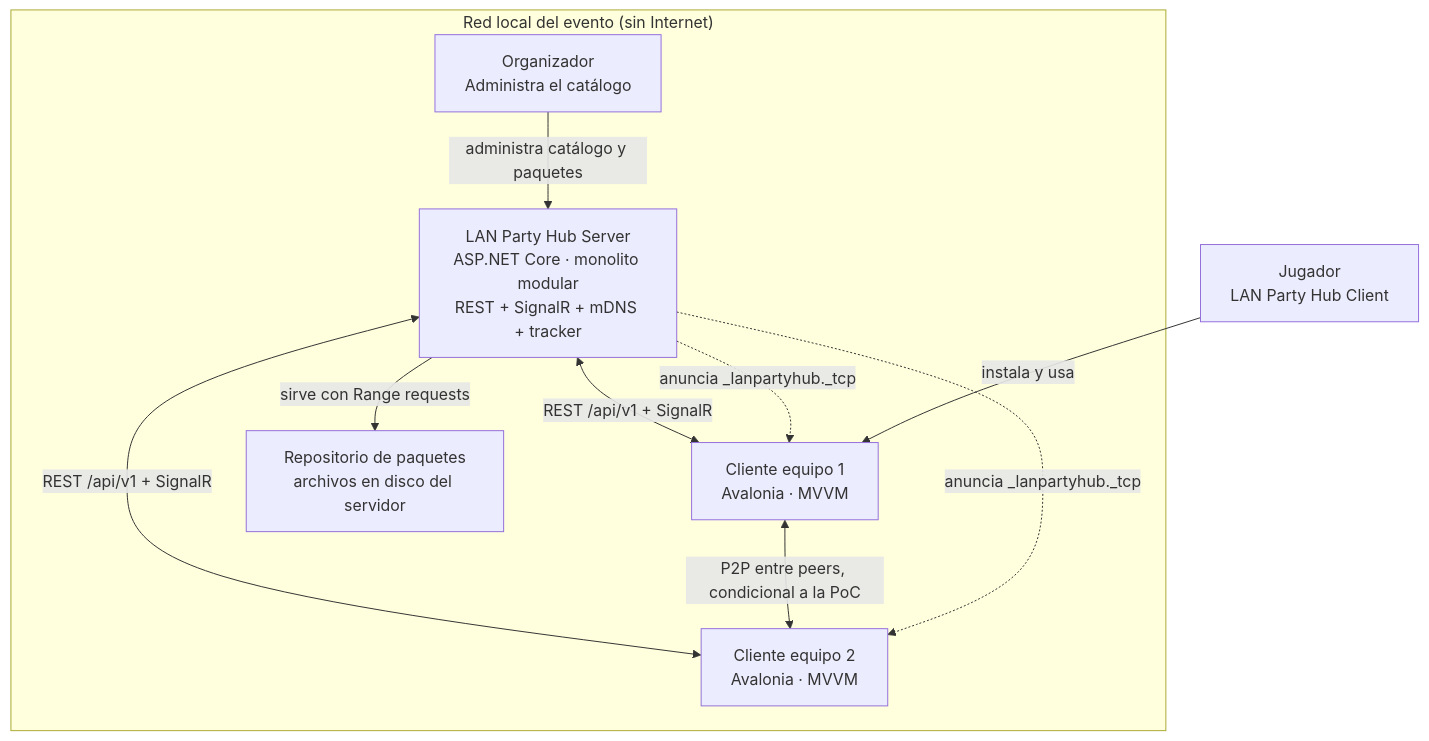
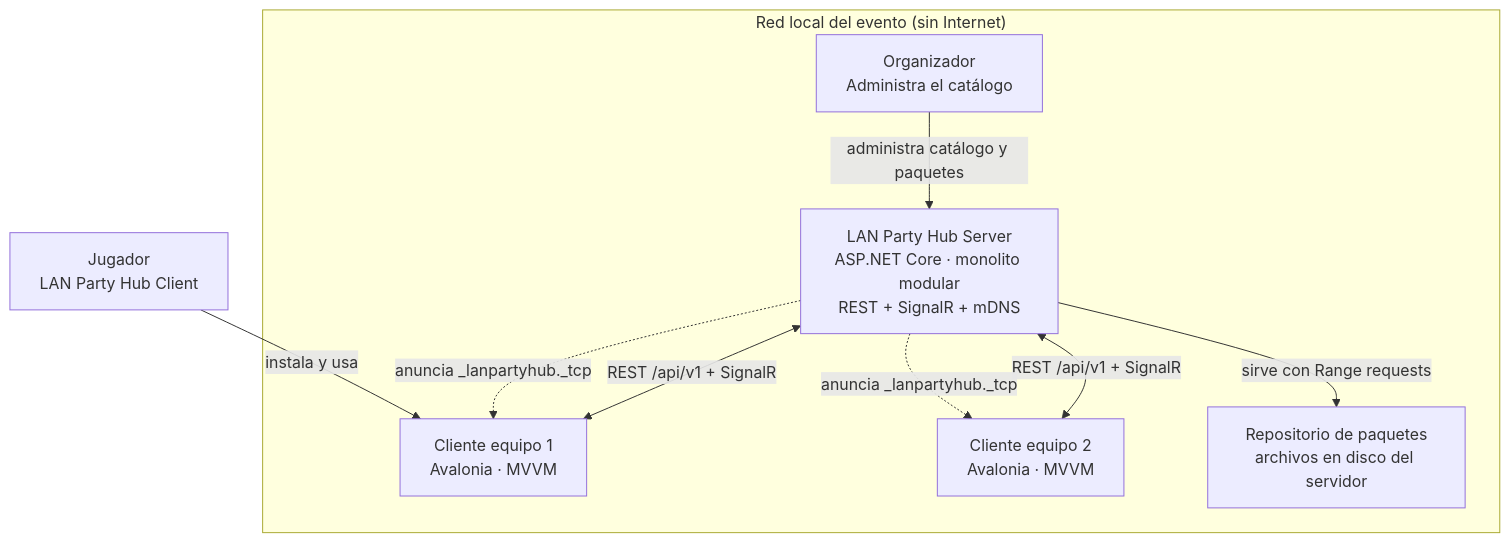
Before and after one commit to vertigo7x/lan-party-hub: the first of 10 diagrams in _bmad-output/planning-artifacts/architecture/architecture-lan-party-hub-2026-10-26/ARCHITECTURE-SPINE.md, drawn with Mermaid. The commit also changed other lines of this file and 4 other files, not shown here.

````diff
--- a/_bmad-output/planning-artifacts/architecture/architecture-lan-party-hub-2026-10-26/ARCHITECTURE-SPINE.md
+++ b/_bmad-output/planning-artifacts/architecture/architecture-lan-party-hub-2026-10-26/ARCHITECTURE-SPINE.md
@@ -353,20 +424,19 @@
 ```mermaid
 flowchart TB
     subgraph Evento["Red local del evento (sin Internet)"]
         Org["Organizador<br/>Administra el catálogo"]
-        Server["LAN Party Hub Server<br/>ASP.NET Core · monolito modular<br/>REST + SignalR + mDNS + tracker"]
+        Server["LAN Party Hub Server<br/>ASP.NET Core · monolito modular<br/>REST + SignalR + mDNS"]
         C1["Cliente equipo 1<br/>Avalonia · MVVM"]
         C2["Cliente equipo 2<br/>Avalonia · MVVM"]
         Pkg["Repositorio de paquetes<br/>archivos en disco del servidor"]
     end
     Player["Jugador<br/>LAN Party Hub Client"]
 
     Org -->|administra catálogo y paquetes| Server
     Player -->|instala y usa| C1
     C1 <-->|REST /api/v1 + SignalR| Server
     C2 <-->|REST /api/v1 + SignalR| Server
     Server -->|sirve con Range requests| Pkg
     Server -.->|anuncia _lanpartyhub._tcp| C1
     Server -.->|anuncia _lanpartyhub._tcp| C2
-    C1 <-->|P2P entre peers, condicional a la PoC| C2
 ```
````
